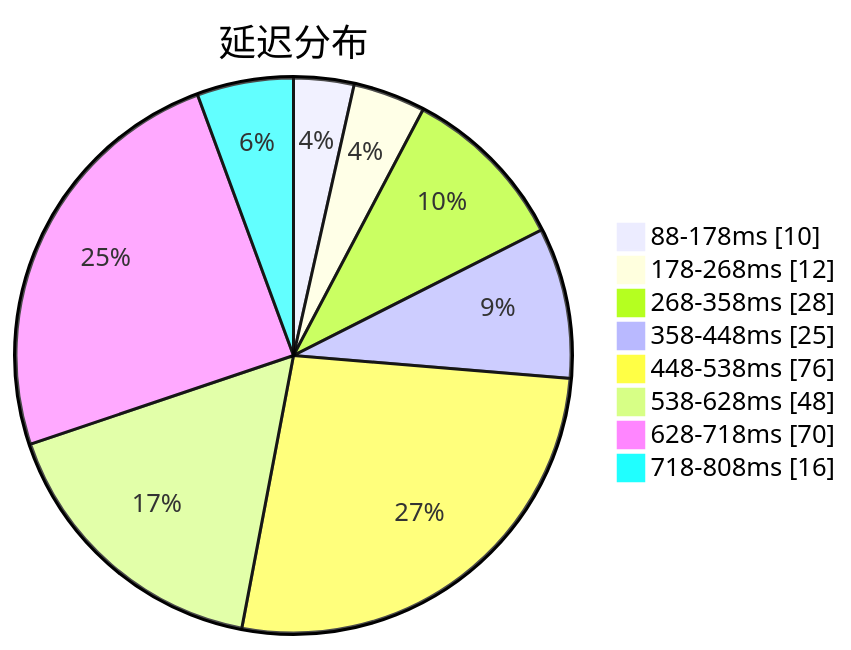
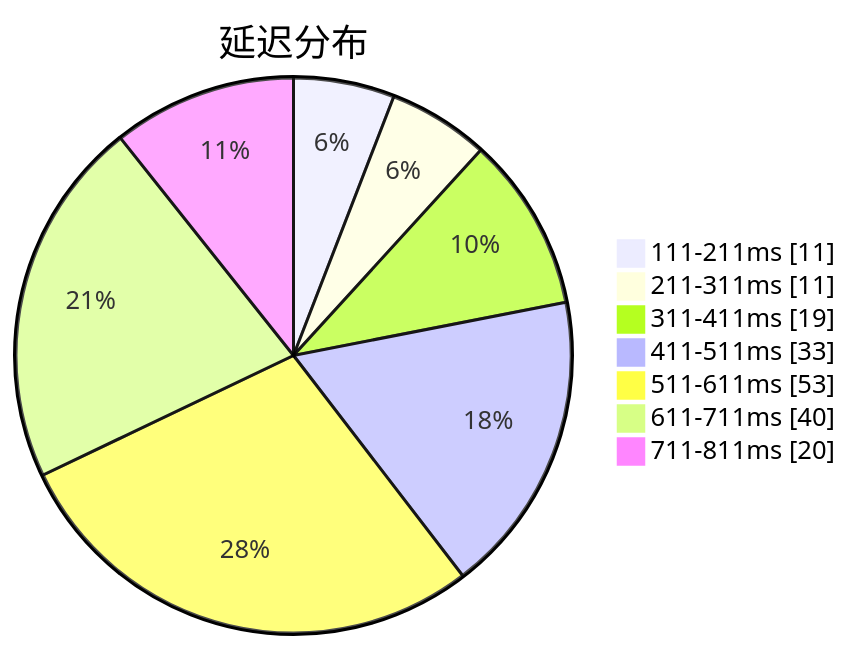
One commit to sinspired/airport changed the first of 3 diagrams in subs/statistics/tested_within.md. Above: the diagram before and after it, drawn with Mermaid. The commit also changed other lines of this file and 2 other files, not shown here.

````diff
--- a/subs/statistics/tested_within.md
+++ b/subs/statistics/tested_within.md
@@ -2,12 +2,11 @@
 ```mermaid
 pie showData
 title 延迟分布
-"88-178ms" : 10
-"178-268ms" : 12
-"268-358ms" : 28
-"358-448ms" : 25
-"448-538ms" : 76
-"538-628ms" : 48
-"628-718ms" : 70
-"718-808ms" : 16
+"111-211ms" : 11
+"211-311ms" : 11
+"311-411ms" : 19
+"411-511ms" : 33
+"511-611ms" : 53
+"611-711ms" : 40
+"711-811ms" : 20
 ```
````
